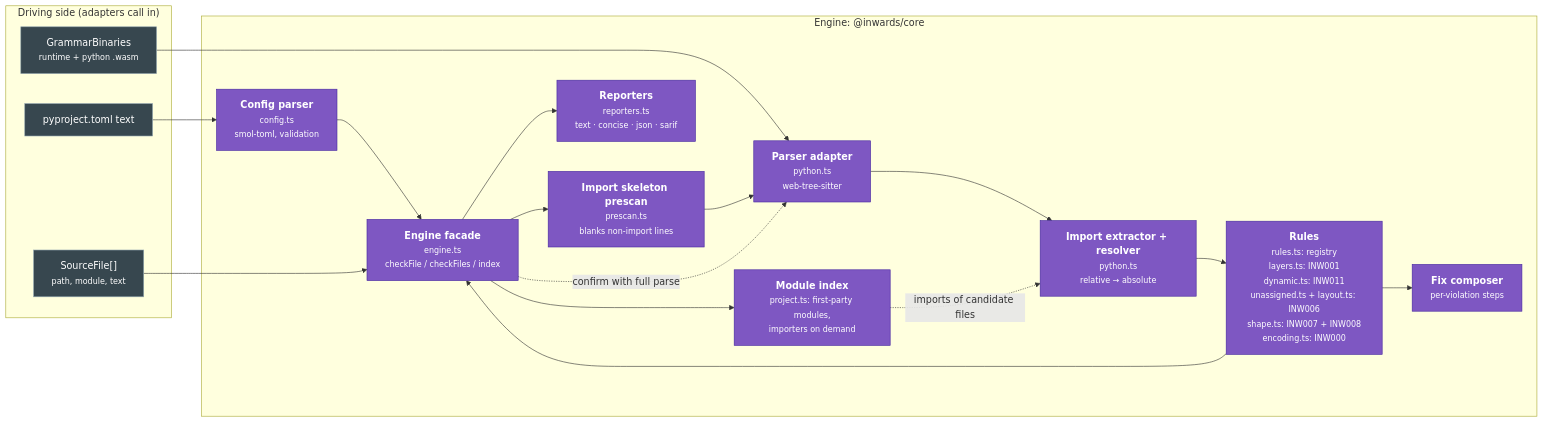
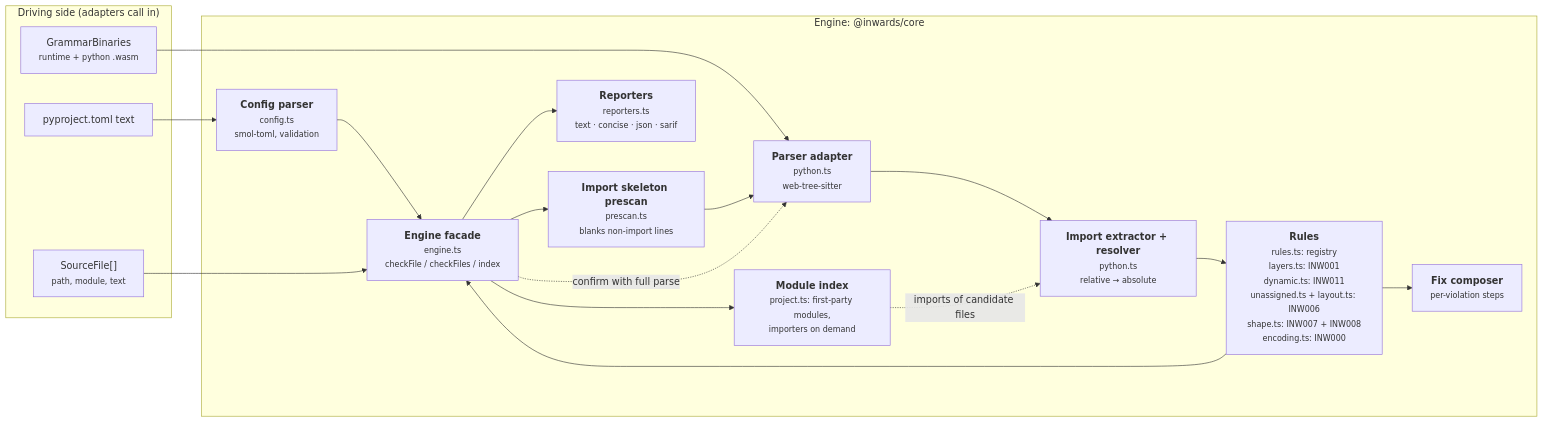
Before and after one commit to SirCypkowskyy/inwards: the third of 6 diagrams in docs/chapters/03-Architecture-C4.md, drawn with Mermaid. The commit also changed other lines of this file, not shown here.

````diff
--- a/docs/chapters/03-Architecture-C4.md
+++ b/docs/chapters/03-Architecture-C4.md
@@ -112,37 +99,31 @@
 ```mermaid
 flowchart LR
     subgraph driving["Driving side (adapters call in)"]
         files["SourceFile[]<br/><small>path, module, text</small>"]
         cfgtext["pyproject.toml text"]
         wasm["GrammarBinaries<br/><small>runtime + python .wasm</small>"]
     end
 
     subgraph enginebox["Engine: @inwards/core"]
         config["<b>Config parser</b><br/><small>config.ts<br/>smol-toml, validation</small>"]
         pre["<b>Import skeleton prescan</b><br/><small>prescan.ts<br/>blanks non-import lines</small>"]
         parser["<b>Parser adapter</b><br/><small>python.ts<br/>web-tree-sitter</small>"]
         extract["<b>Import extractor + resolver</b><br/><small>python.ts<br/>relative → absolute</small>"]
         rules["<b>Rules</b><br/><small>rules.ts: registry<br/>layers.ts: INW001<br/>dynamic.ts: INW011<br/>unassigned.ts + layout.ts: INW006<br/>shape.ts: INW007 + INW008<br/>encoding.ts: INW000</small>"]
         fix["<b>Fix composer</b><br/><small>per-violation steps</small>"]
         report["<b>Reporters</b><br/><small>reporters.ts<br/>text · concise · json · sarif</small>"]
         engine["<b>Engine facade</b><br/><small>engine.ts<br/>checkFile / checkFiles / index</small>"]
         modgraph["<b>Module index</b><br/><small>project.ts: first-party modules,<br/>importers on demand</small>"]
     end
 
     cfgtext --> config --> engine
     wasm --> parser
     files --> engine
     engine --> pre --> parser --> extract --> rules
     rules --> fix
     rules --> engine
     engine -. "confirm with full parse" .-> parser
     engine --> modgraph
     modgraph -. "imports of candidate files" .-> extract
     engine --> report
-
-    classDef comp fill:#7e57c2,color:#fff,stroke:#4527a0
-    classDef planned fill:#4527a0,color:#fff,stroke:#7e57c2,stroke-dasharray:5 5
-    classDef port fill:#37474f,color:#fff,stroke:#90a4ae
-    class config,pre,parser,extract,rules,fix,report,engine,modgraph comp
-    class files,cfgtext,wasm port
 ```
````
